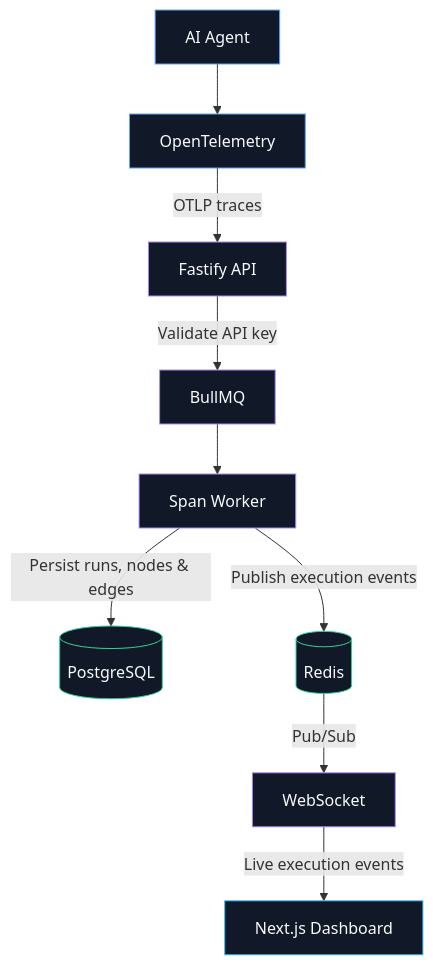
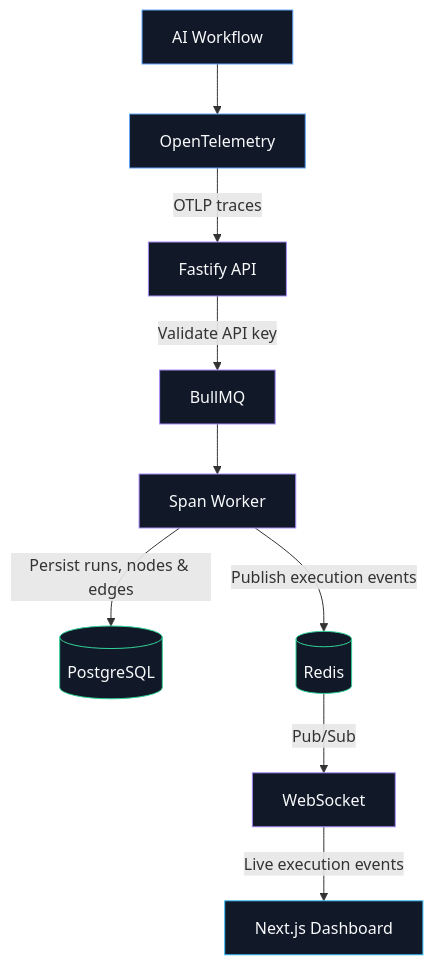
One commit to Akhilesh-Singh-0/Beacon changed the diagram in apps/api/README.md. Above: the diagram before and after it, drawn with Mermaid. The commit also changed other lines of this file, not shown here.

Commit message:
Update README to reflect AI workflow terminology

````diff
--- a/apps/api/README.md
+++ b/apps/api/README.md
@@ -71,25 +71,25 @@
 ```mermaid
 flowchart TB
 
-    A["AI Agent"] --> O["OpenTelemetry"]
+    A["AI Workflow"] --> O["OpenTelemetry"]
 
     O -->|"OTLP traces"| API["Fastify API"]
     API -->|"Validate API key"| Q["BullMQ"]
     Q --> W["Span Worker"]
 
     W -->|"Persist runs, nodes & edges"| DB[("PostgreSQL")]
 
     W -->|"Publish execution events"| R[("Redis")]
     R -->|"Pub/Sub"| WS["WebSocket"]
     WS -->|"Live execution events"| UI["Next.js Dashboard"]
 
-    classDef agent fill:#111827,stroke:#60a5fa,color:#f8fafc
+    classDef workflow fill:#111827,stroke:#60a5fa,color:#f8fafc
     classDef backend fill:#111827,stroke:#a78bfa,color:#f8fafc
     classDef storage fill:#111827,stroke:#34d399,color:#f8fafc
     classDef frontend fill:#111827,stroke:#38bdf8,color:#f8fafc
 
-    class A,O agent
+    class A,O workflow
     class API,Q,W,WS backend
     class DB,R storage
     class UI frontend
 ```
````
